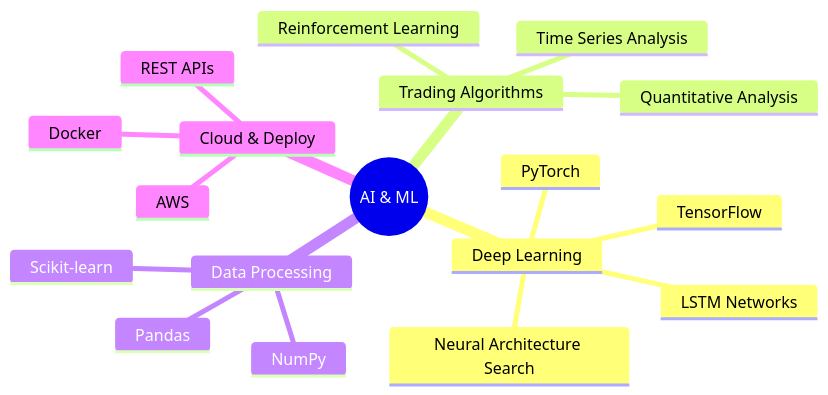
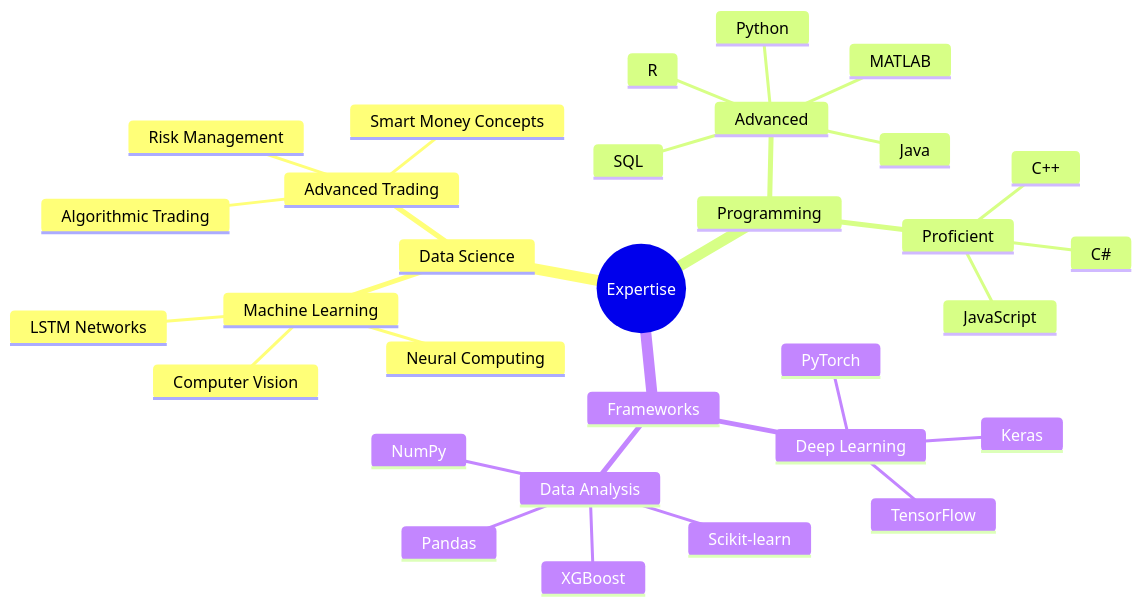
Before and after one commit to MohamadKanso/MohamadKanso: the diagram in README.md, drawn with Mermaid. The commit also changed other lines of this file, not shown here.

````diff
--- a/README.md
+++ b/README.md
@@ -15,21 +14,34 @@
 ```mermaid
 mindmap
-  root((AI & ML))
-    Deep Learning
-      TensorFlow
-      PyTorch
-      LSTM Networks
-      Neural Architecture Search
-    Trading Algorithms
-      Reinforcement Learning
-      Time Series Analysis
-      Quantitative Analysis
-    Data Processing
-      Pandas
-      NumPy
-      Scikit-learn
-    Cloud & Deploy
-      Docker
-      AWS
-      REST APIs
+  root((Expertise))
+    Data Science
+      Machine Learning
+        LSTM Networks
+        Neural Computing
+        Computer Vision
+      Advanced Trading
+        Smart Money Concepts
+        Algorithmic Trading
+        Risk Management
+    Programming
+      Advanced
+        Python
+        Java
+        MATLAB
+        R
+        SQL
+      Proficient
+        JavaScript
+        C++
+        C#
+    Frameworks
+      Deep Learning
+        TensorFlow
+        PyTorch
+        Keras
+      Data Analysis
+        Scikit-learn
+        Pandas
+        NumPy
+        XGBoost
 ```
````
